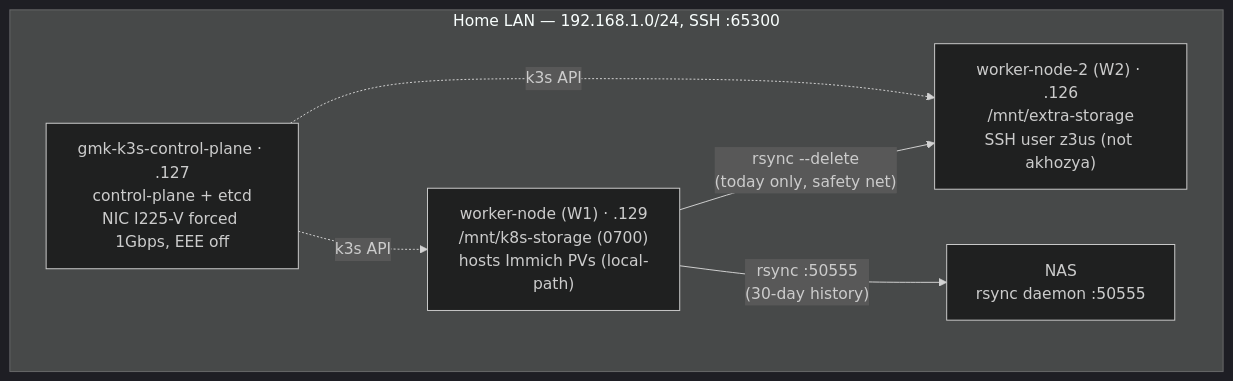
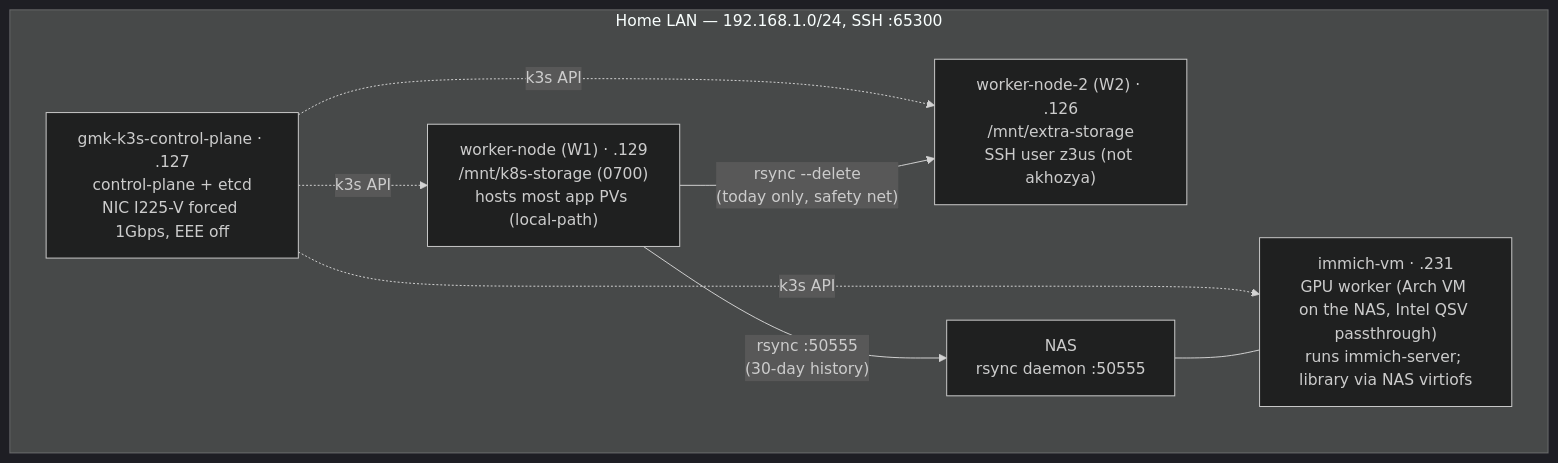
The first of 4 diagrams in docs/ARCHITECTURE.md (AKhozya/homelab), drawn with Mermaid (dark theme) before and after one commit. The commit also changed other lines of this file and 5 other files, not shown here.

Commit message:
docs: fix drift — 4th node immich-vm, k3s 1.36.2, VP-era Kyverno, 14 roles, retired cavecrew header, missing HISTORY entries

````diff
--- a/docs/ARCHITECTURE.md
+++ b/docs/ARCHITECTURE.md
@@ -22,13 +22,16 @@
 ```mermaid
 flowchart TB
   subgraph LAN["Home LAN — 192.168.1.0/24, SSH :65300"]
     CP["gmk-k3s-control-plane · .127<br/>control-plane + etcd<br/>NIC I225-V forced 1Gbps, EEE off"]
-    W1["worker-node (W1) · .129<br/>/mnt/k8s-storage (0700)<br/>hosts Immich PVs (local-path)"]
+    W1["worker-node (W1) · .129<br/>/mnt/k8s-storage (0700)<br/>hosts most app PVs (local-path)"]
     W2["worker-node-2 (W2) · .126<br/>/mnt/extra-storage<br/>SSH user z3us (not akhozya)"]
     NAS["NAS<br/>rsync daemon :50555"]
+    VM["immich-vm · .231<br/>GPU worker (Arch VM on the NAS, Intel QSV passthrough)<br/>runs immich-server; library via NAS virtiofs"]
   end
   CP -. k3s API .-> W1
   CP -. k3s API .-> W2
+  CP -. k3s API .-> VM
+  NAS --- VM
   W1 -->|"rsync --delete<br/>(today only, safety net)"| W2
   W1 -->|"rsync :50555<br/>(30-day history)"| NAS
 ```
````
